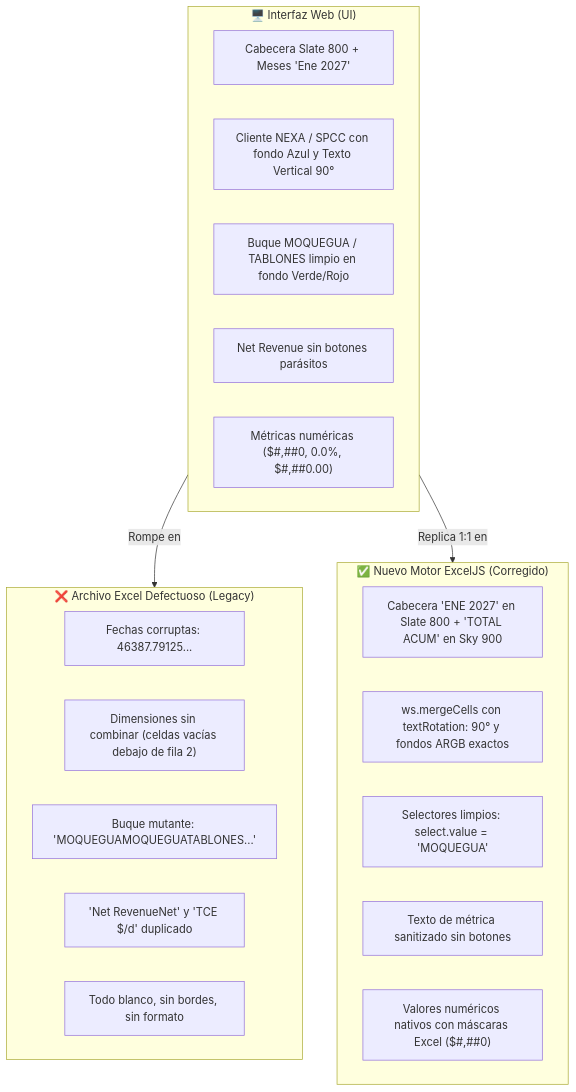
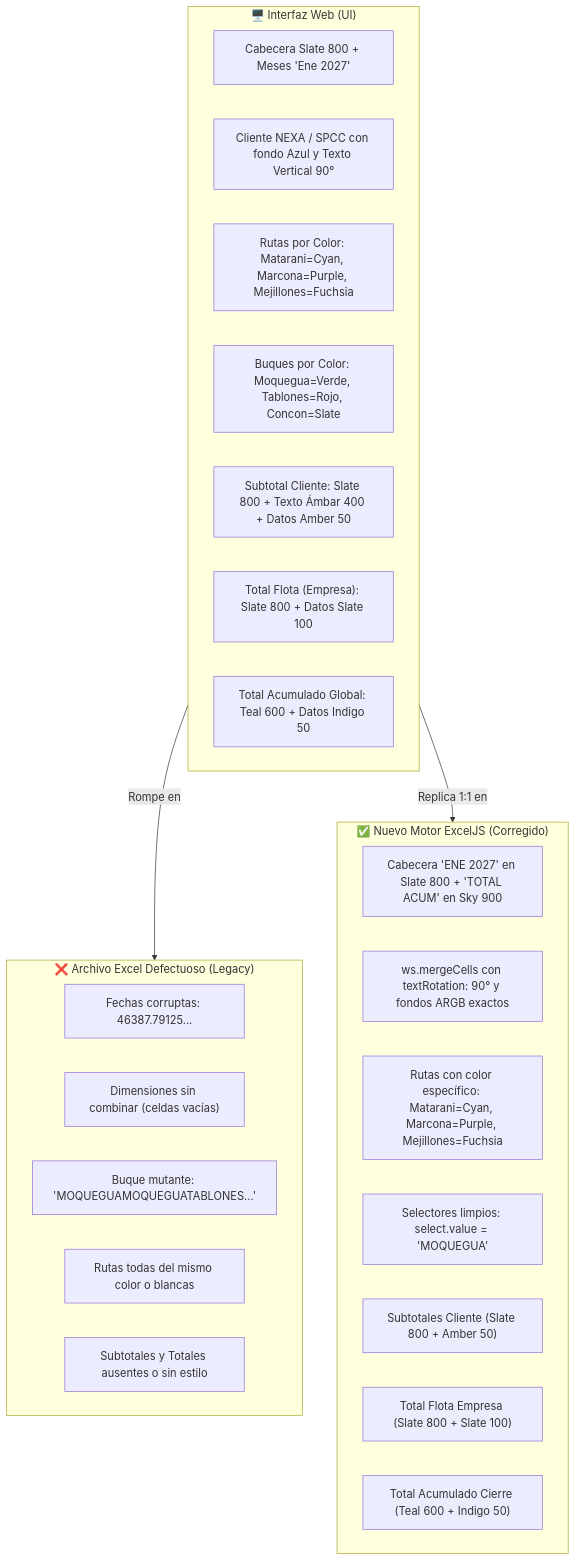
The diagram in Desarrollo.Profesional/Obsidian.Refactorizacion.Multicotizador/37_Pedidos_Excel_Format_USER.1.9.26.md (RichGutz/PETRAL.SMART.DASHBOARD), drawn with Mermaid before and after one commit. The commit also changed other lines of this file and 2 other files, not shown here.

Commit message:
feat(excel-export): sincronizar colores de rutas, subtotales de cliente, total flota y total acumulado

````diff
--- a/Desarrollo.Profesional/Obsidian.Refactorizacion.Multicotizador/37_Pedidos_Excel_Format_USER.1.9.26.md
+++ b/Desarrollo.Profesional/Obsidian.Refactorizacion.Multicotizador/37_Pedidos_Excel_Format_USER.1.9.26.md
@@ -42,29 +50,33 @@
 ```mermaid
 flowchart TD
     subgraph UI_En_Vivo["🖥️ Interfaz Web (UI)"]
         U1["Cabecera Slate 800 + Meses 'Ene 2027'"]
         U2["Cliente NEXA / SPCC con fondo Azul y Texto Vertical 90°"]
-        U3["Buque MOQUEGUA / TABLONES limpio en fondo Verde/Rojo"]
-        U4["Net Revenue sin botones parásitos"]
-        U5["Métricas numéricas ($#,##0, 0.0%, $#,##0.00)"]
+        U3["Rutas por Color: Matarani=Cyan, Marcona=Purple, Mejillones=Fuchsia"]
+        U4["Buques por Color: Moquegua=Verde, Tablones=Rojo, Concon=Slate"]
+        U5["Subtotal Cliente: Slate 800 + Texto Ámbar 400 + Datos Amber 50"]
+        U6["Total Flota (Empresa): Slate 800 + Datos Slate 100"]
+        U7["Total Acumulado Global: Teal 600 + Datos Indigo 50"]
     end
 
     subgraph Error_Legacy["❌ Archivo Excel Defectuoso (Legacy)"]
         E1["Fechas corruptas: 46387.79125..."]
-        E2["Dimensiones sin combinar (celdas vacías debajo de fila 2)"]
+        E2["Dimensiones sin combinar (celdas vacías)"]
         E3["Buque mutante: 'MOQUEGUAMOQUEGUATABLONES...'"]
-        E4["'Net RevenueNet' y 'TCE $/d' duplicado"]
-        E5["Todo blanco, sin bordes, sin formato"]
+        E4["Rutas todas del mismo color o blancas"]
+        E5["Subtotales y Totales ausentes o sin estilo"]
     end
 
     subgraph Motor_ExcelJS["✅ Nuevo Motor ExcelJS (Corregido)"]
         M1["Cabecera 'ENE 2027' en Slate 800 + 'TOTAL ACUM' en Sky 900"]
         M2["ws.mergeCells con textRotation: 90° y fondos ARGB exactos"]
-        M3["Selectores limpios: select.value = 'MOQUEGUA'"]
-        M4["Texto de métrica sanitizado sin botones"]
-        M5["Valores numéricos nativos con máscaras Excel ($#,##0)"]
+        M3["Rutas con color específico: Matarani=Cyan, Marcona=Purple, Mejillones=Fuchsia"]
+        M4["Selectores limpios: select.value = 'MOQUEGUA'"]
+        M5["Subtotales Cliente (Slate 800 + Amber 50)"]
+        M6["Total Flota Empresa (Slate 800 + Slate 100)"]
+        M7["Total Acumulado Cierre (Teal 600 + Indigo 50)"]
     end
 
     UI_En_Vivo -->|Rompe en| Error_Legacy
     UI_En_Vivo -->|Replica 1:1 en| Motor_ExcelJS
 ```
````
